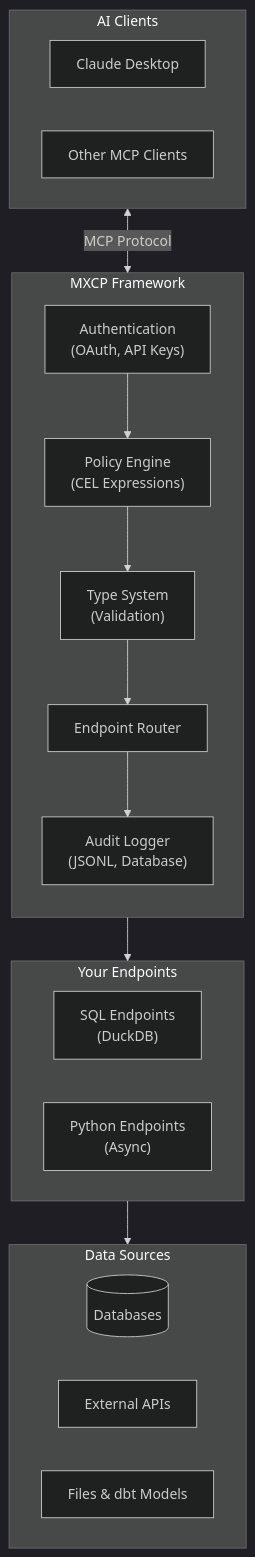
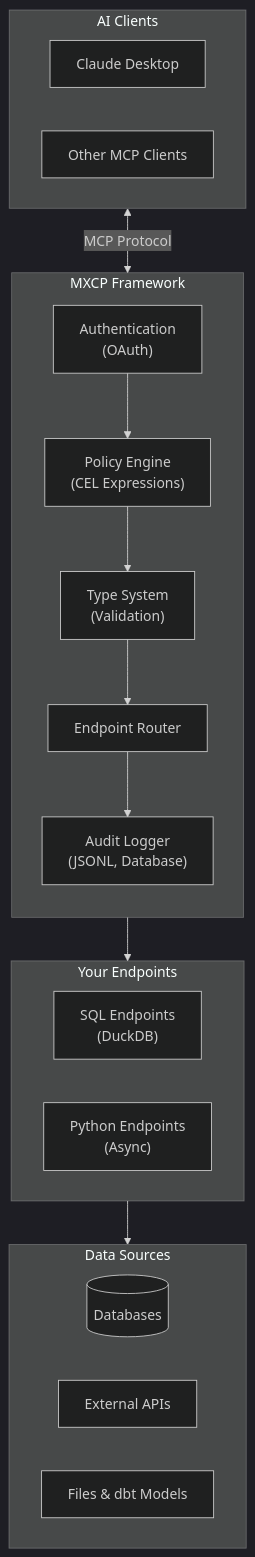
The first of 4 diagrams in docs/getting-started/introduction.md (raw-labs/mxcp), drawn with Mermaid (dark theme) before and after one commit. The commit also changed other lines of this file and 18 other files, not shown here.

````diff
--- a/docs/getting-started/introduction.md
+++ b/docs/getting-started/introduction.md
@@ -26,35 +26,35 @@
 ```mermaid
 flowchart TB
     subgraph Clients["AI Clients"]
         Claude["Claude Desktop"]
         Other["Other MCP Clients"]
     end
 
     subgraph MXCP["MXCP Framework"]
         direction TB
-        Auth["Authentication<br/>(OAuth, API Keys)"]
+        Auth["Authentication<br/>(OAuth)"]
         Policy["Policy Engine<br/>(CEL Expressions)"]
         Audit["Audit Logger<br/>(JSONL, Database)"]
         Types["Type System<br/>(Validation)"]
         Router["Endpoint Router"]
     end
 
     subgraph Endpoints["Your Endpoints"]
         SQL["SQL Endpoints<br/>(DuckDB)"]
         Python["Python Endpoints<br/>(Async)"]
     end
 
     subgraph Data["Data Sources"]
         DB[(Databases)]
         APIs[External APIs]
         Files[Files & dbt Models]
     end
 
     Clients <-->|MCP Protocol| Auth
     Auth --> Policy
     Policy --> Types
     Types --> Router
     Router --> Audit
     Router --> Endpoints
     Endpoints --> Data
 ```
````
